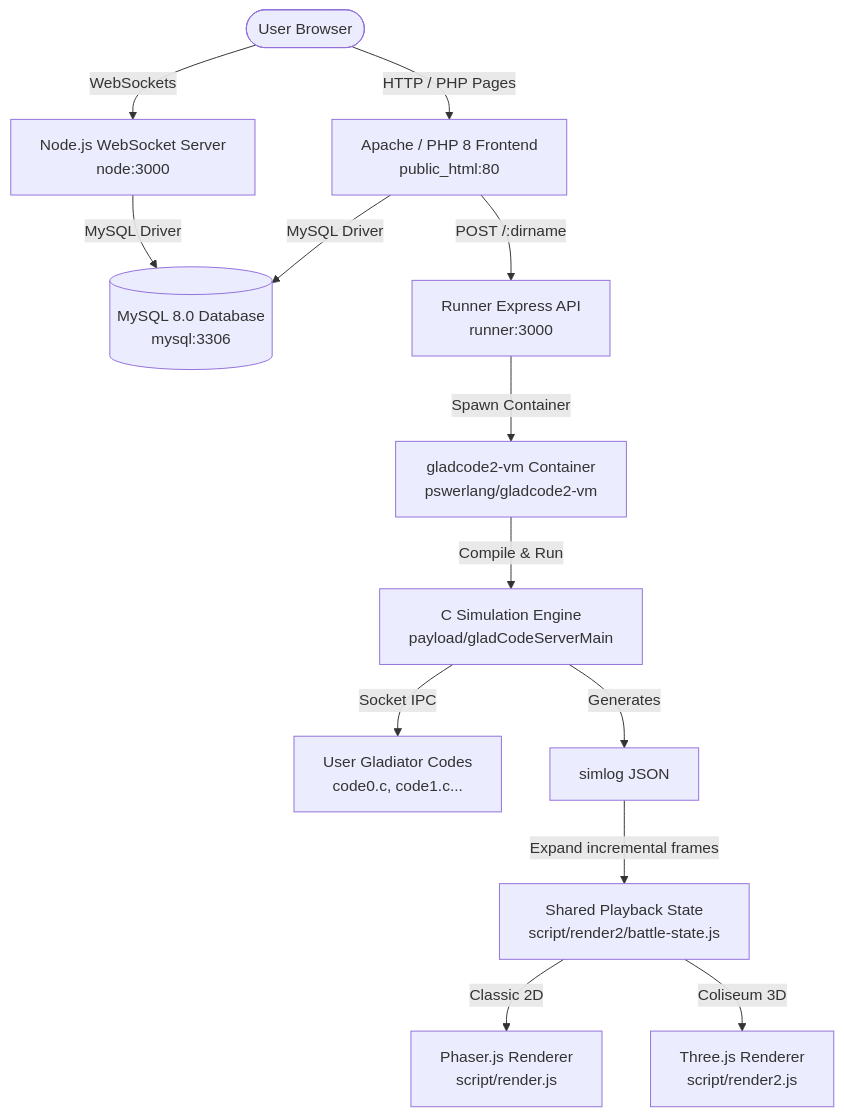
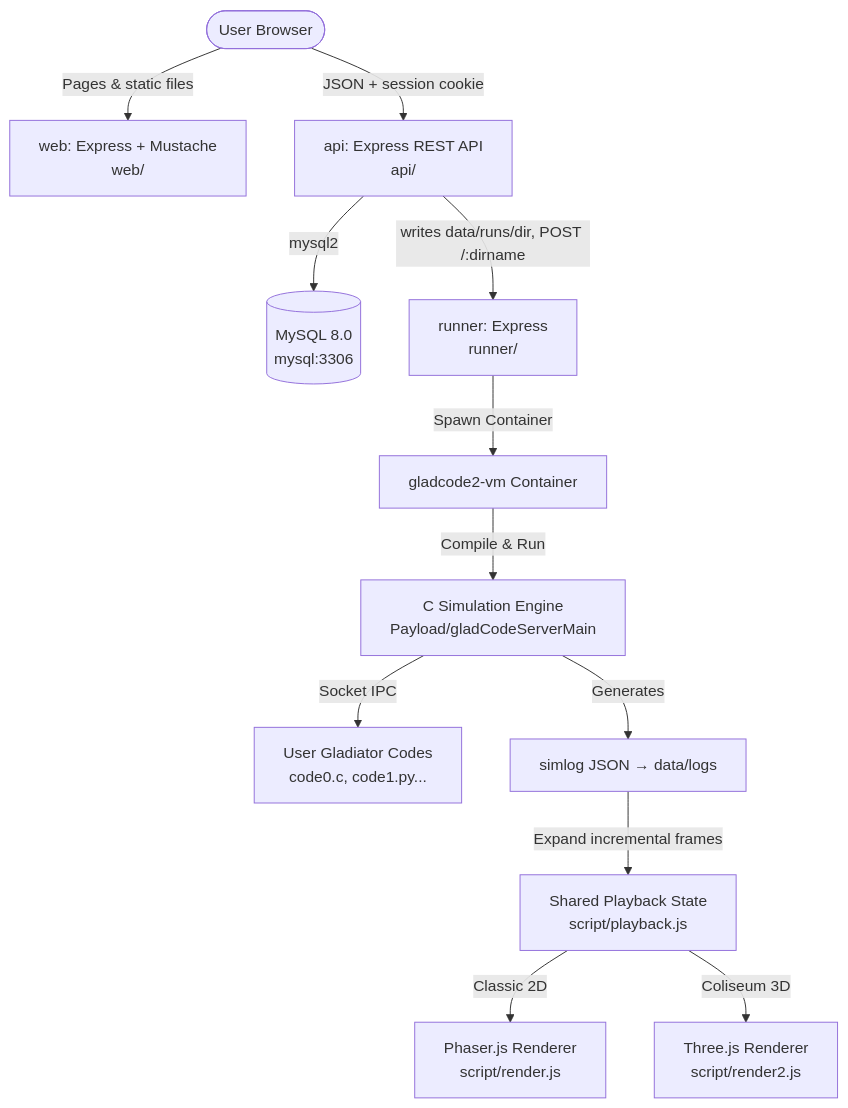
One commit to werlang/gladCode2 changed the diagram in README.md. Above: the diagram before and after it, drawn with Mermaid. The commit also changed other lines of this file and 3 other files, not shown here.

````diff
--- a/README.md
+++ b/README.md
@@ -11,15 +11,14 @@
 ```mermaid
 flowchart TD
-    User([User Browser]) -->|HTTP / PHP Pages| Apache[Apache / PHP 8 Frontend\npublic_html:80]
-    User -->|WebSockets| Node[Node.js WebSocket Server\nnode:3000]
-    Apache -->|MySQL Driver| DB[(MySQL 8.0 Database\nmysql:3306)]
-    Node -->|MySQL Driver| DB
-    Apache -->|POST /:dirname| Runner[Runner Express API\nrunner:3000]
-    Runner -->|Spawn Container| VM[gladcode2-vm Container\npswerlang/gladcode2-vm]
-    VM -->|Compile & Run| Payload[C Simulation Engine\npayload/gladCodeServerMain]
-    Payload -->|Socket IPC| GladiatorCodes[User Gladiator Codes\ncode0.c, code1.c...]
-    Payload -->|Generates| SimLog[simlog JSON]
-    SimLog -->|Expand incremental frames| Playback[Shared Playback State\nscript/render2/battle-state.js]
+    User([User Browser]) -->|Pages & static files| Web[web: Express + Mustache\nweb/]
+    User -->|JSON + session cookie| API[api: Express REST API\napi/]
+    API -->|mysql2| DB[(MySQL 8.0\nmysql:3306)]
+    API -->|writes data/runs/dir, POST /:dirname| Runner[runner: Express\nrunner/]
+    Runner -->|Spawn Container| VM[gladcode2-vm Container]
+    VM -->|Compile & Run| Engine[C Simulation Engine\nPayload/gladCodeServerMain]
+    Engine -->|Socket IPC| GladiatorCodes[User Gladiator Codes\ncode0.c, code1.py...]
+    Engine -->|Generates| SimLog[simlog JSON → data/logs]
+    SimLog -->|Expand incremental frames| Playback[Shared Playback State\nscript/playback.js]
     Playback -->|Classic 2D| Phaser[Phaser.js Renderer\nscript/render.js]
     Playback -->|Coliseum 3D| Three[Three.js Renderer\nscript/render2.js]
 ```
````
